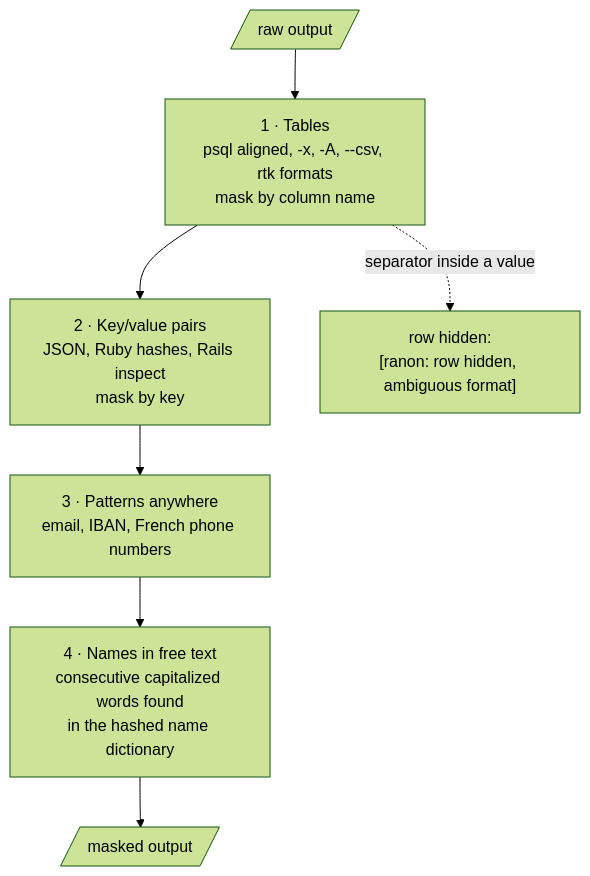
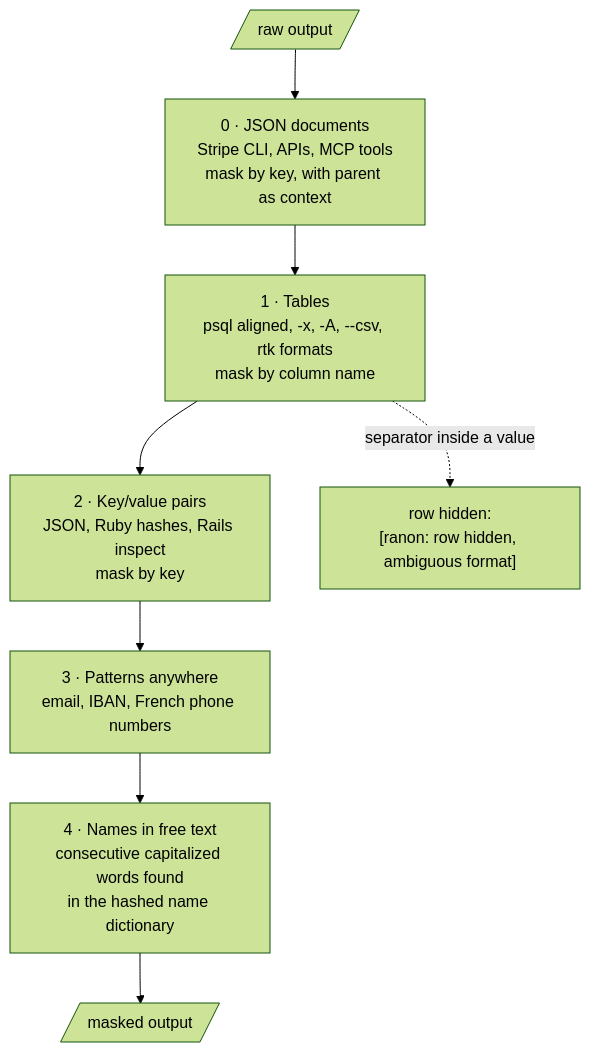
The second of 3 diagrams in README.md (ludovicl/ranon), drawn with Mermaid (forest theme) before and after one commit. The commit also changed other lines of this file and 2 other files, not shown here.

````diff
--- a/README.md
+++ b/README.md
@@ -43,9 +43,10 @@
 ```mermaid
 flowchart TD
-    IN[/raw output/] --> T
+    IN[/raw output/] --> J
+    J["0 · JSON documents<br/>Stripe CLI, APIs, MCP tools<br/>mask by key, with parent as context"] --> T
     T["1 · Tables<br/>psql aligned, -x, -A, --csv, rtk formats<br/>mask by column name"] --> K
     K["2 · Key/value pairs<br/>JSON, Ruby hashes, Rails inspect<br/>mask by key"] --> P
     P["3 · Patterns anywhere<br/>email, IBAN, French phone numbers"] --> N
     N["4 · Names in free text<br/>consecutive capitalized words found<br/>in the hashed name dictionary"] --> OUT[/masked output/]
     T -. "separator inside a value" .-> H["row hidden:<br/>[ranon: row hidden, ambiguous format]"]
 ```
````
